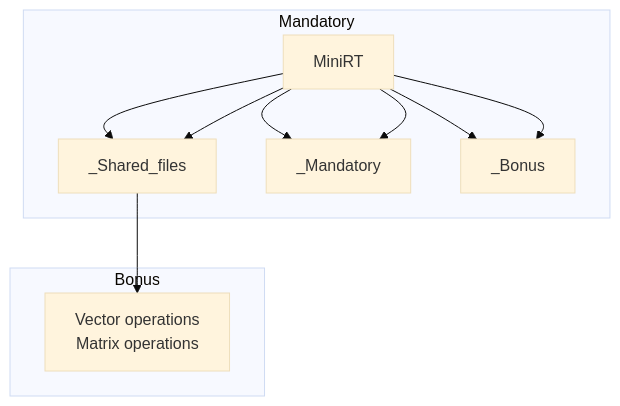
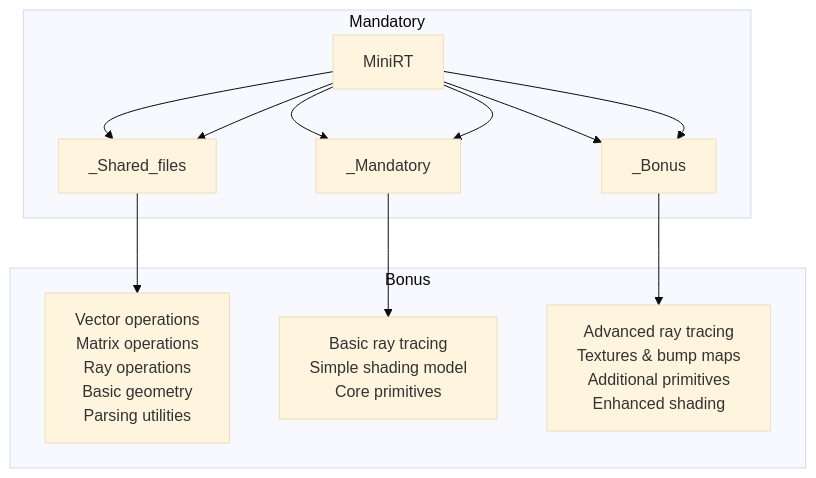
The diagram in README.md (moh3333/minirt), drawn with Mermaid (base theme) before and after one commit.

````diff
--- a/README.md
+++ b/README.md
@@ -21,19 +21,35 @@
 ```mermaid
 
 flowchart TD
     A[MiniRT] --> B[_Shared_files]
     A[MiniRT] --> C[_Mandatory]
     A[MiniRT] --> D[_Bonus]
 
     subgraph Mandatory
         A --> B
         A --> C
         A --> D
     end
 
     subgraph Bonus
     B --> 1[Vector operations
-     Matrix operations]
+    Matrix operations
+    Ray operations
+    Basic geometry
+    Parsing utilities]
+    end
+
+    subgraph Bonus
+    C --> 2[Basic ray tracing
+    Simple shading model
+    Core primitives]
+    end
+
+    subgraph Bonus
+    D --> 3[Advanced ray tracing
+    Textures & bump maps
+    Additional primitives
+    Enhanced shading]
     end
 
 ```
````
